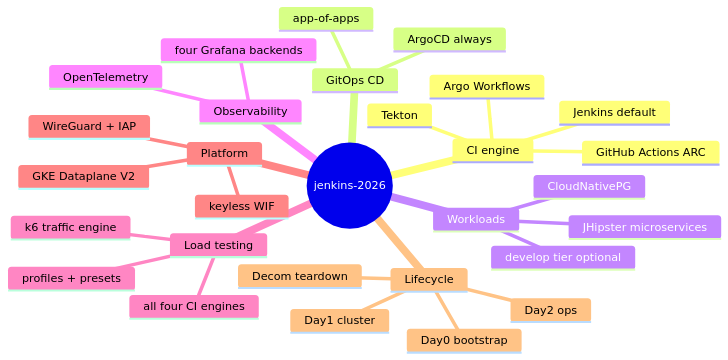
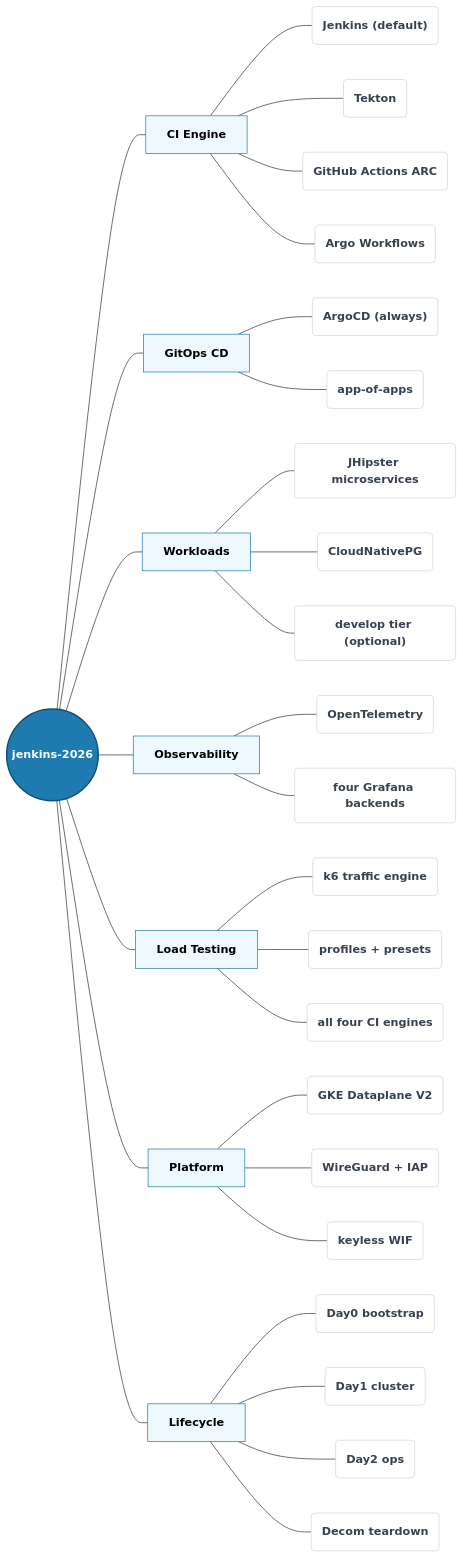
The first of 4 diagrams in README.md (nubenetes/jenkins-2026), drawn with Mermaid before and after one commit.

Commit message:
fix(docs): resolve text overlap in mental model diagram by converting mindmap to flowchart

````diff
--- a/README.md
+++ b/README.md
@@ -79,32 +79,46 @@
 ```mermaid
-mindmap
-  root((jenkins-2026))
-    CI engine
-      Jenkins default
-      Tekton
-      GitHub Actions ARC
-      Argo Workflows
-    GitOps CD
-      ArgoCD always
-      app-of-apps
-    Workloads
-      JHipster microservices
-      CloudNativePG
-      develop tier optional
-    Observability
-      OpenTelemetry
-      four Grafana backends
-    Load testing
-      k6 traffic engine
-      profiles + presets
-      all four CI engines
-    Platform
-      GKE Dataplane V2
-      WireGuard + IAP
-      keyless WIF
-    Lifecycle
-      Day0 bootstrap
-      Day1 cluster
-      Day2 ops
-      Decom teardown
+flowchart LR
+    Root((jenkins-2026)):::root
+    
+    %% Branches
+    Root --- CI["CI Engine"]:::branch
+    Root --- CD["GitOps CD"]:::branch
+    Root --- WL["Workloads"]:::branch
+    Root --- OBS["Observability"]:::branch
+    Root --- LT["Load Testing"]:::branch
+    Root --- PL["Platform"]:::branch
+    Root --- LC["Lifecycle"]:::branch
+
+    %% Leaves
+    CI --- CI1("Jenkins (default)"):::leaf
+    CI --- CI2("Tekton"):::leaf
+    CI --- CI3("GitHub Actions ARC"):::leaf
+    CI --- CI4("Argo Workflows"):::leaf
+
+    CD --- CD1("ArgoCD (always)"):::leaf
+    CD --- CD2("app-of-apps"):::leaf
+
+    WL --- WL1("JHipster microservices"):::leaf
+    WL --- WL2("CloudNativePG"):::leaf
+    WL --- WL3("develop tier (optional)"):::leaf
+
+    OBS --- OBS1("OpenTelemetry"):::leaf
+    OBS --- OBS2("four Grafana backends"):::leaf
+
+    LT --- LT1("k6 traffic engine"):::leaf
+    LT --- LT2("profiles + presets"):::leaf
+    LT --- LT3("all four CI engines"):::leaf
+
+    PL --- PL1("GKE Dataplane V2"):::leaf
+    PL --- PL2("WireGuard + IAP"):::leaf
+    PL --- PL3("keyless WIF"):::leaf
+
+    LC --- LC1("Day0 bootstrap"):::leaf
+    LC --- LC2("Day1 cluster"):::leaf
+    LC --- LC3("Day2 ops"):::leaf
+    LC --- LC4("Decom teardown"):::leaf
+
+    classDef root fill:#1f7ab0,stroke:#104e73,color:#fff,font-weight:bold,stroke-width:2px;
+    classDef branch fill:#eef8ff,stroke:#1f7ab0,color:#000,font-weight:bold;
+    classDef leaf fill:#fff,stroke:#d1d5db,color:#374151;
 ```
````
